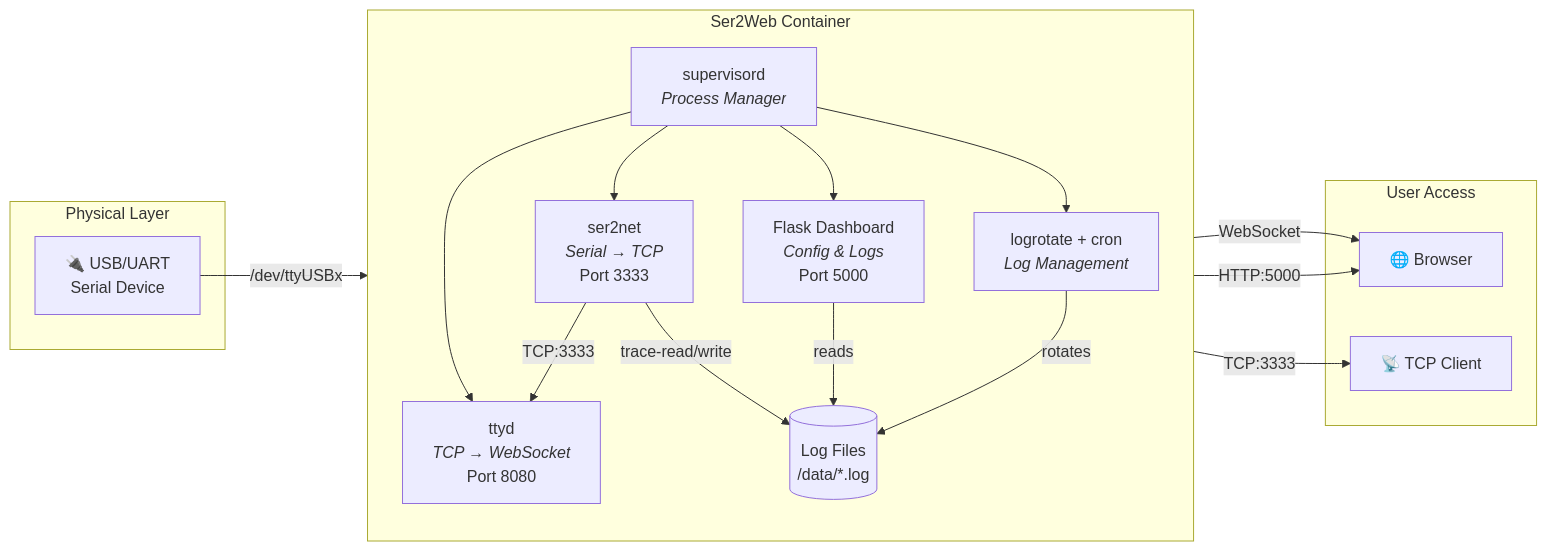
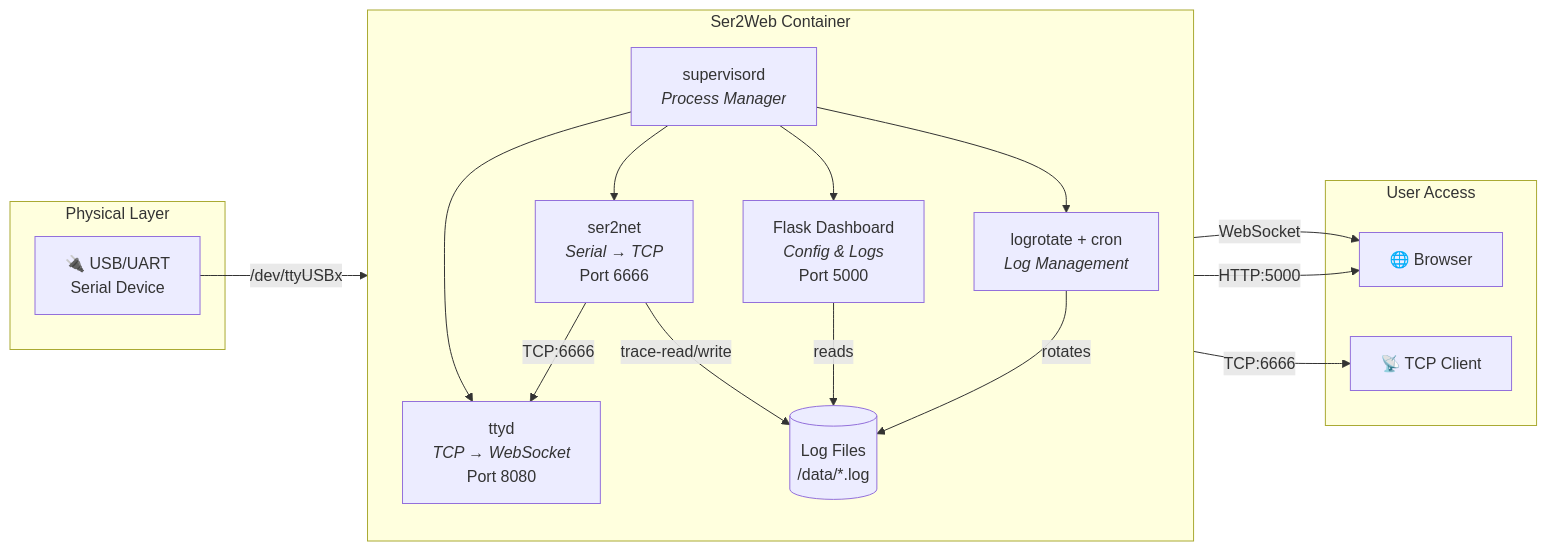
One commit to lorenzo-deluca/term-2-web changed the diagram in README.md. Above: the diagram before and after it, drawn with Mermaid. The commit also changed other lines of this file and 4 other files, not shown here.

Commit message:
feat: Update ser2net TCP port from 3333 to 6666 across all configurations and documentation.

````diff
--- a/README.md
+++ b/README.md
@@ -31,37 +31,37 @@
 ```mermaid
 graph LR
     subgraph "Physical Layer"
         DEV["🔌 USB/UART<br>Serial Device"]
     end
 
     subgraph "Ser2Web Container"
         direction TB
 
-        SER2NET["ser2net<br><i>Serial → TCP</i><br>Port 3333"]
+        SER2NET["ser2net<br><i>Serial → TCP</i><br>Port 6666"]
         TTYD["ttyd<br><i>TCP → WebSocket</i><br>Port 8080"]
         FLASK["Flask Dashboard<br><i>Config & Logs</i><br>Port 5000"]
         SUPERVISOR["supervisord<br><i>Process Manager</i>"]
         LOGROTATE["logrotate + cron<br><i>Log Management</i>"]
         LOGS[("Log Files<br>/data/*.log")]
 
         SUPERVISOR --> SER2NET
         SUPERVISOR --> TTYD
         SUPERVISOR --> FLASK
         SUPERVISOR --> LOGROTATE
 
         SER2NET -->|"trace-read/write"| LOGS
         FLASK -->|"reads"| LOGS
         LOGROTATE -->|"rotates"| LOGS
     end
 
     subgraph "User Access"
         BROWSER["🌐 Browser"]
         TCP_CLIENT["📡 TCP Client"]
     end
 
     DEV -->|"/dev/ttyUSBx"| SER2NET
-    SER2NET -->|"TCP:3333"| TTYD
-    SER2NET -->|"TCP:3333"| TCP_CLIENT
+    SER2NET -->|"TCP:6666"| TTYD
+    SER2NET -->|"TCP:6666"| TCP_CLIENT
     TTYD -->|"WebSocket"| BROWSER
     FLASK -->|"HTTP:5000"| BROWSER
 ```
````
